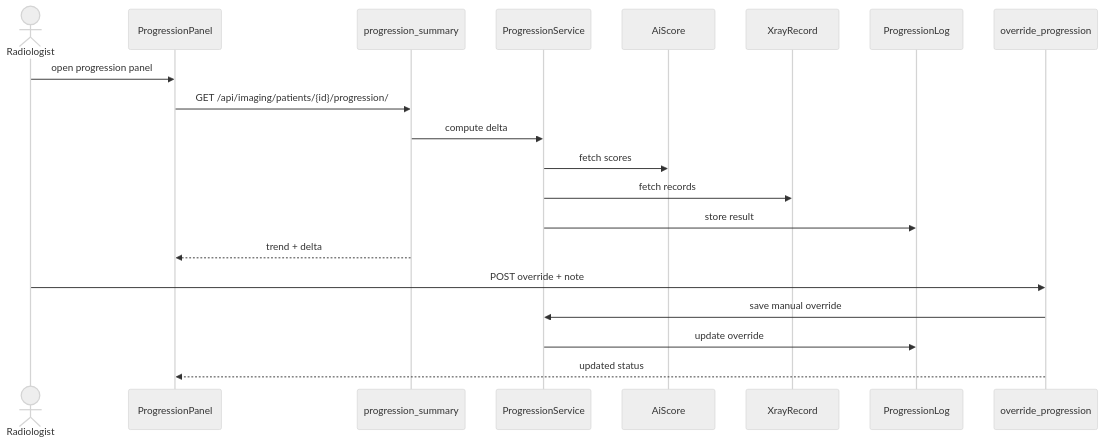
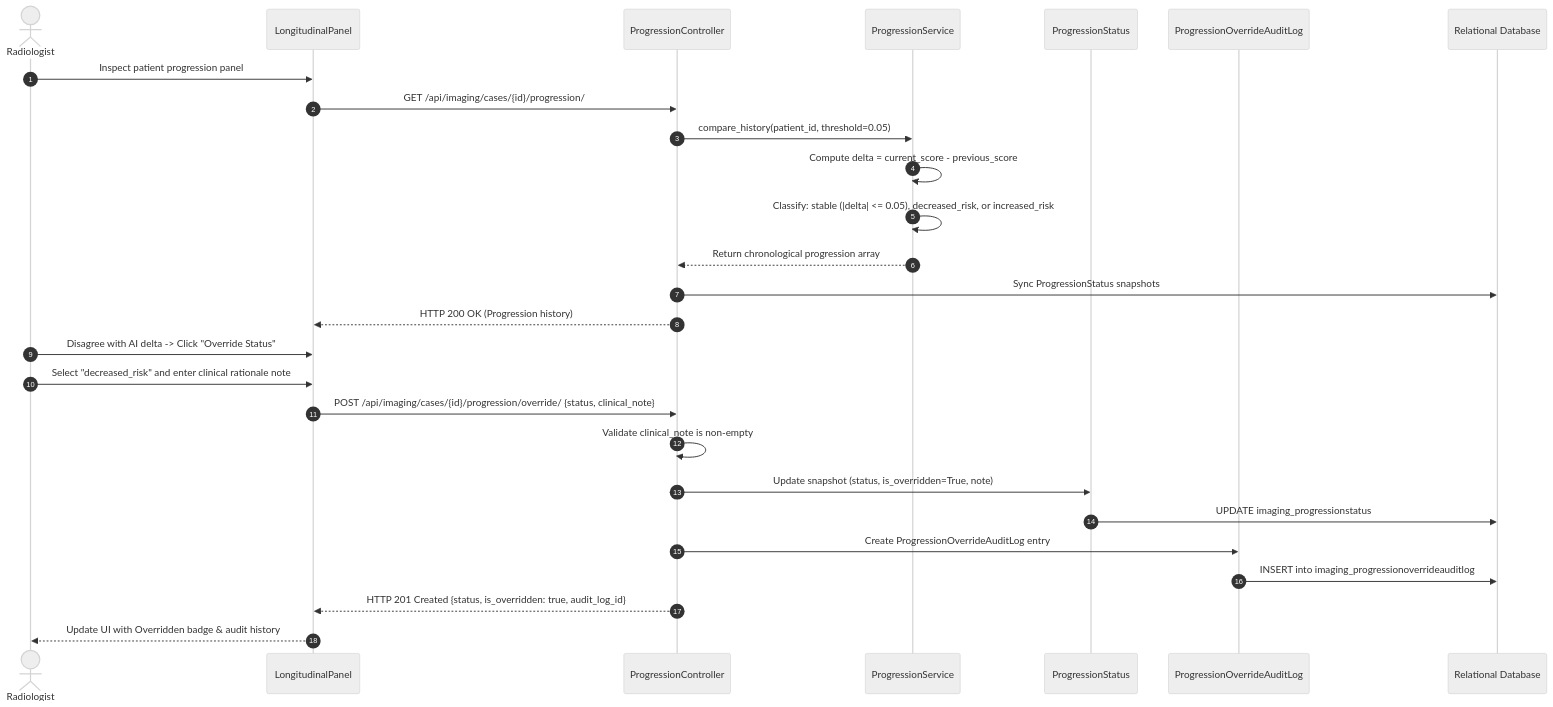
Before and after one commit to DymNomZ/TBXR: the diagram in documentation/sequence diagrams/3.3_Sequence Diagram.md, drawn with Mermaid (neutral theme). The commit also changed 80 other files, not shown here.

````diff
--- a/documentation/sequence diagrams/3.3_Sequence Diagram.md
+++ b/documentation/sequence diagrams/3.3_Sequence Diagram.md
@@ -1,24 +1,31 @@
 ```mermaid
 sequenceDiagram
-    actor Radiologist
-    participant UI as ProgressionPanel
-    participant API as progression_summary
+    autonumber
+    actor Rad as Radiologist
+    participant UI as LongitudinalPanel
+    participant Controller as ProgressionController
     participant Service as ProgressionService
-    participant Score as AiScore
-    participant Rec as XrayRecord
-    participant Log as ProgressionLog
-    participant Override as override_progression
+    participant ModelStat as ProgressionStatus
+    participant ModelAudit as ProgressionOverrideAuditLog
+    participant DB as Relational Database
 
-    Radiologist->>UI: open progression panel
-    UI->>API: GET /api/imaging/patients/{id}/progression/
-    API->>Service: compute delta
-    Service->>Score: fetch scores
-    Service->>Rec: fetch records
-    Service->>Log: store result
-    API-->>UI: trend + delta
+    Rad->>UI: Inspect patient progression panel
+    UI->>Controller: GET /api/imaging/cases/{id}/progression/
+    Controller->>Service: compare_history(patient_id, threshold=0.05)
+    Service->>Service: Compute delta = current_score - previous_score
+    Service->>Service: Classify: stable (|delta| <= 0.05), decreased_risk, or increased_risk
+    Service-->>Controller: Return chronological progression array
+    Controller->>DB: Sync ProgressionStatus snapshots
+    Controller-->>UI: HTTP 200 OK (Progression history)
 
-    Radiologist->>Override: POST override + note
-    Override->>Service: save manual override
-    Service->>Log: update override
-    Override-->>UI: updated status
+    Rad->>UI: Disagree with AI delta -> Click "Override Status"
+    Rad->>UI: Select "decreased_risk" and enter clinical rationale note
+    UI->>Controller: POST /api/imaging/cases/{id}/progression/override/ {status, clinical_note}
+    Controller->>Controller: Validate clinical_note is non-empty
+    Controller->>ModelStat: Update snapshot (status, is_overridden=True, note)
+    ModelStat->>DB: UPDATE imaging_progressionstatus
+    Controller->>ModelAudit: Create ProgressionOverrideAuditLog entry
+    ModelAudit->>DB: INSERT into imaging_progressionoverrideauditlog
+    Controller-->>UI: HTTP 201 Created {status, is_overridden: true, audit_log_id}
+    UI-->>Rad: Update UI with Overridden badge & audit history
 ```
````
